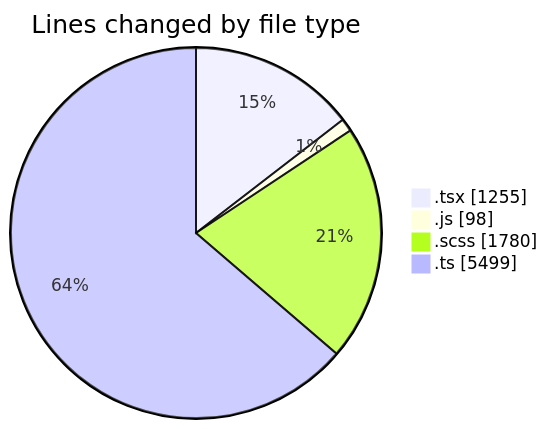
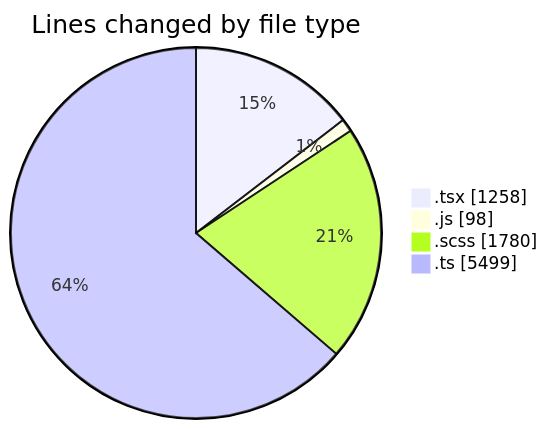
One commit to momahboobian/code-tracking changed the first of 2 diagrams in 2025-03-31/cda/README.md. Above: the diagram before and after it, drawn with Mermaid. The commit also changed other lines of this file and 1 other file, not shown here.

````diff
--- a/2025-03-31/cda/README.md
+++ b/2025-03-31/cda/README.md
@@ -39,8 +39,8 @@
 ```mermaid
 pie showData
 title Lines changed by file type
-".tsx" : 1255
+".tsx" : 1258
 ".js" : 98
 ".scss" : 1780
 ".ts" : 5499
 ```
````
